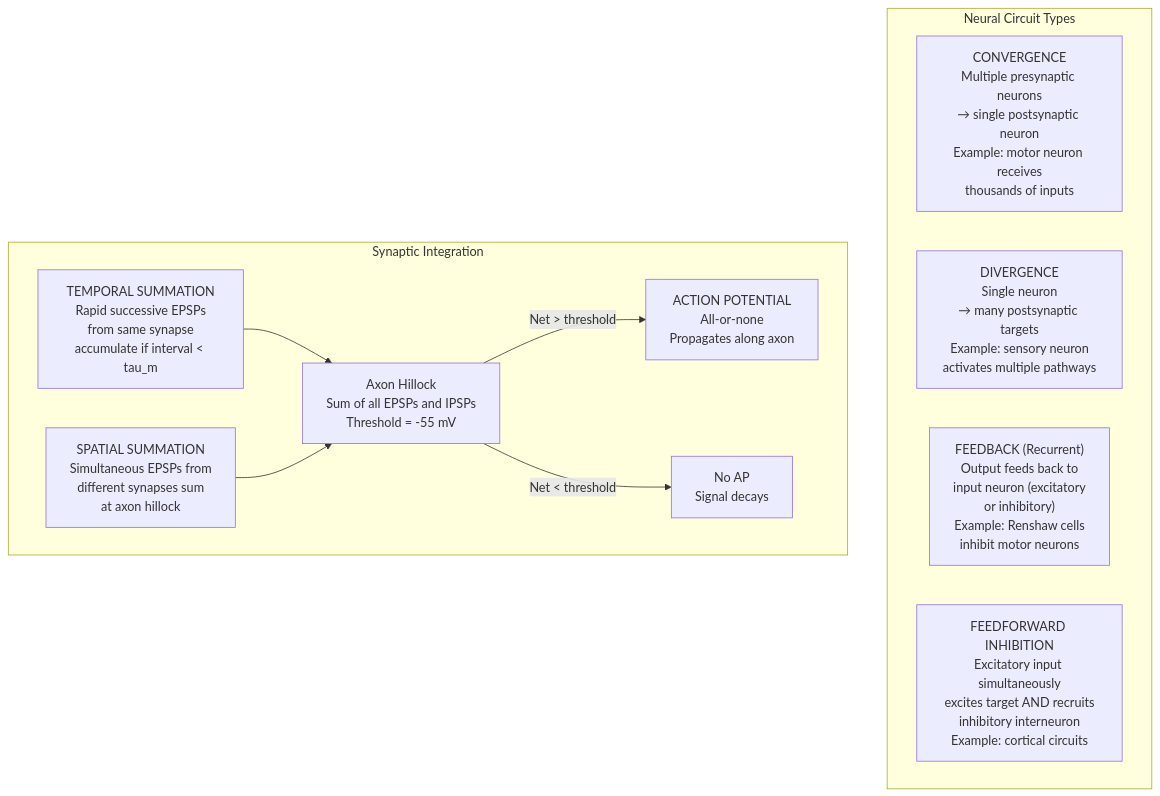
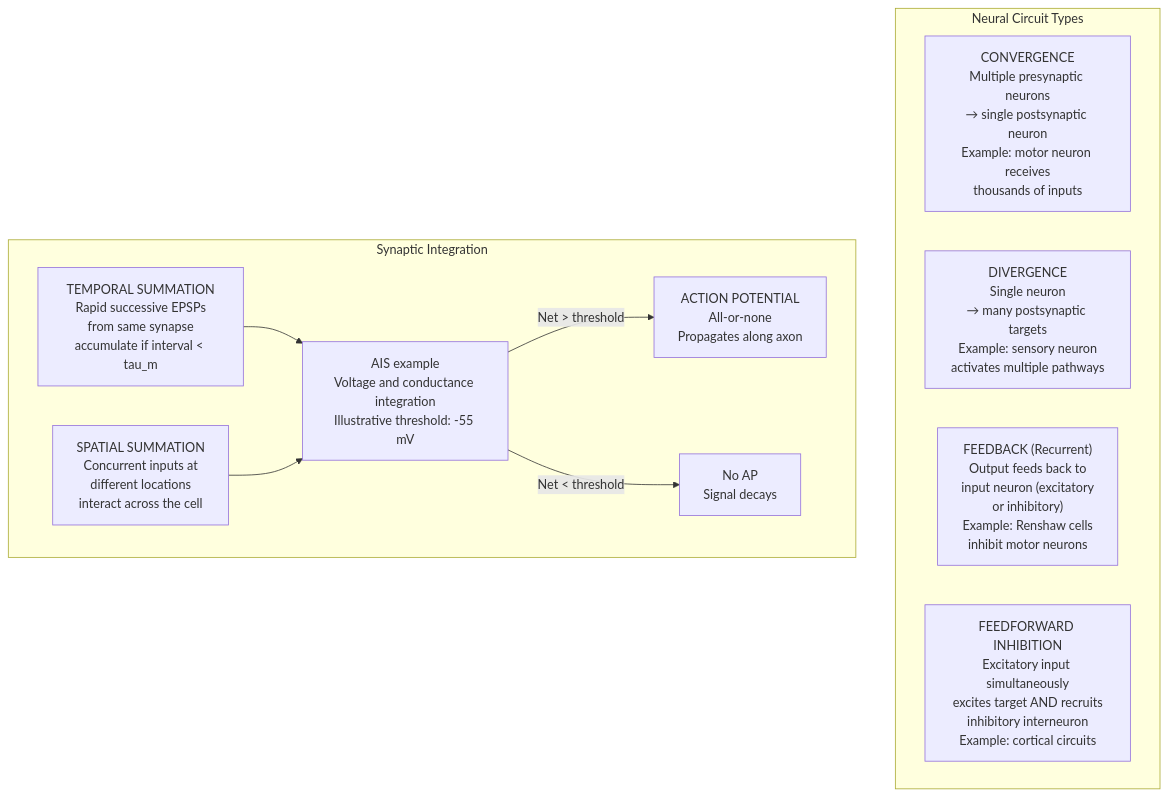
Before and after one commit to docxology/biology_textbook: the second of 3 diagrams in docs/manuscript/unit_IX/nervous_system.md, drawn with Mermaid. The commit also changed other lines of this file and 444 other files, not shown here.

````diff
--- a/docs/manuscript/unit_IX/nervous_system.md
+++ b/docs/manuscript/unit_IX/nervous_system.md
@@ -363,18 +363,18 @@
 ```mermaid
 flowchart TD
     subgraph Neural_Circuits ["Neural Circuit Types"]
         Conv["CONVERGENCE<br/>Multiple presynaptic neurons<br/>→ single postsynaptic neuron<br/>Example: motor neuron receives<br/>thousands of inputs"]
         Div["DIVERGENCE<br/>Single neuron<br/>→ many postsynaptic targets<br/>Example: sensory neuron<br/>activates multiple pathways"]
         FB["FEEDBACK (Recurrent)<br/>Output feeds back to<br/>input neuron (excitatory<br/>or inhibitory)<br/>Example: Renshaw cells<br/>inhibit motor neurons"]
         FF["FEEDFORWARD INHIBITION<br/>Excitatory input simultaneously<br/>excites target AND recruits<br/>inhibitory interneuron<br/>Example: cortical circuits"]
     end
 
     subgraph Integration ["Synaptic Integration"]
         TS["TEMPORAL SUMMATION<br/>Rapid successive EPSPs<br/>from same synapse<br/>accumulate if interval < tau_m"]
-        SS["SPATIAL SUMMATION<br/>Simultaneous EPSPs from<br/>different synapses sum<br/>at axon hillock"]
-        TS --> AH["Axon Hillock<br/>Sum of all EPSPs and IPSPs<br/>Threshold = -55 mV"]
+        SS["SPATIAL SUMMATION<br/>Concurrent inputs at<br/>different locations<br/>interact across the cell"]
+        TS --> AH["AIS example<br/>Voltage and conductance integration<br/>Illustrative threshold: -55 mV"]
         SS --> AH
         AH --> |"Net > threshold"| AP["ACTION POTENTIAL<br/>All-or-none<br/>Propagates along axon"]
         AH --> |"Net < threshold"| No["No AP<br/>Signal decays"]
     end
 ```
````
